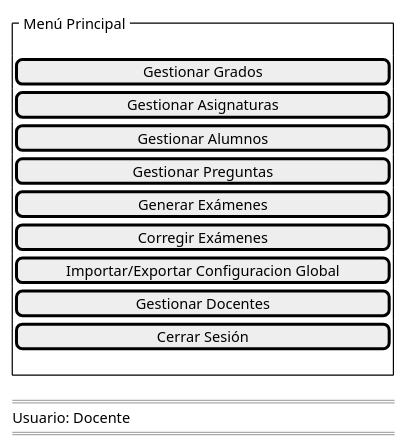
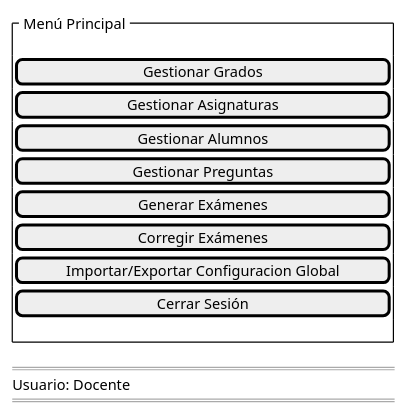
The diagram in documents/casos-de-uso/prototipadoCasosDeUso/completarGestion/completarGestionDocente.puml (martinlopez7/25-26-IdSw1-SdR), drawn with PlantUML before and after one commit. The commit also changed 3 other files, not shown here.

```diff
--- a/documents/casos-de-uso/prototipadoCasosDeUso/completarGestion/completarGestionDocente.puml
+++ b/documents/casos-de-uso/prototipadoCasosDeUso/completarGestion/completarGestionDocente.puml
@@ -1,20 +1,19 @@
 @startsalt
 {
     {^" Menú Principal "
         .
         [Gestionar Grados                      ]
         [Gestionar Asignaturas                 ]
         [Gestionar Alumnos                     ]
         [Gestionar Preguntas                   ]
         [Generar Exámenes                      ]
         [Corregir Exámenes                     ]
         [Importar/Exportar Configuracion Global]
-        [Gestionar Docentes                    ]
         [Cerrar Sesión                         ]
         .
     }
     ====
     Usuario: Docente
     ====
 }
 @endsalt
```
